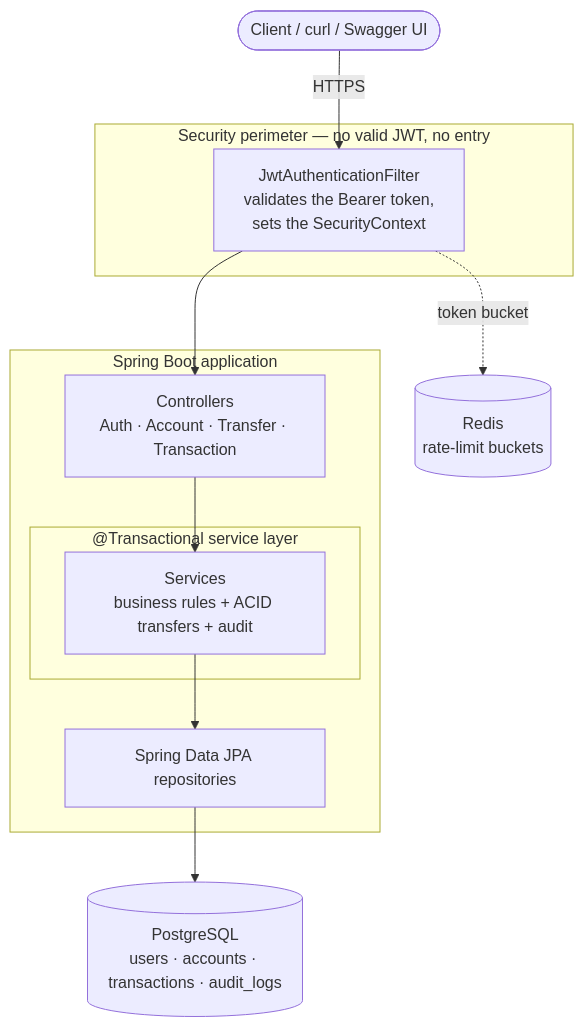
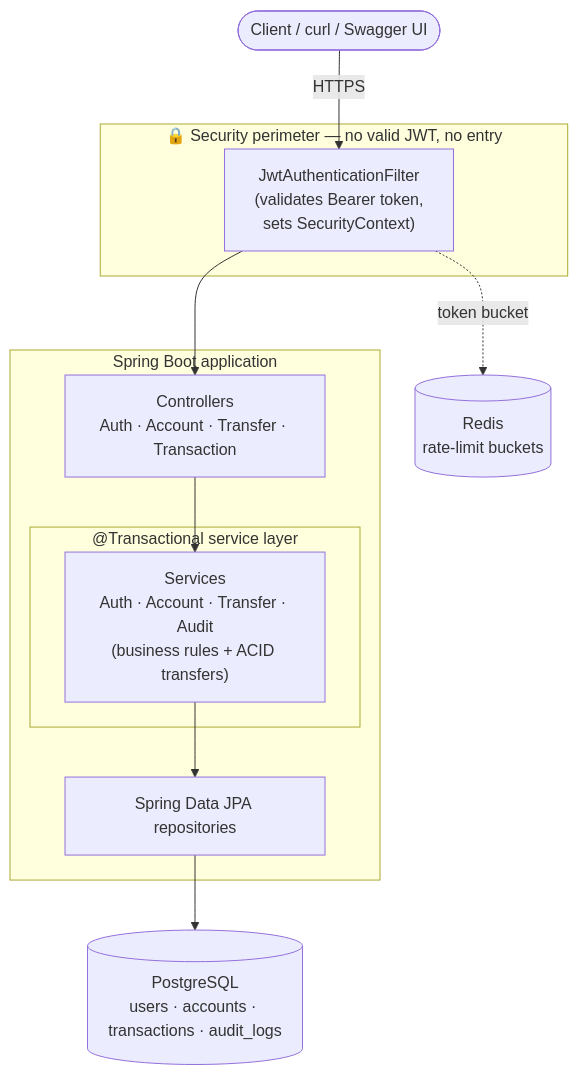
The diagram in README.md (mohamedali55/SecureBank-API), drawn with Mermaid before and after one commit. The commit also changed other lines of this file, not shown here.

````diff
--- a/README.md
+++ b/README.md
@@ -28,26 +28,26 @@
 ```mermaid
 flowchart TB
     client([Client / curl / Swagger UI])
 
-    subgraph perimeter["Security perimeter — no valid JWT, no entry"]
-        filter["JwtAuthenticationFilter<br/>validates the Bearer token,<br/>sets the SecurityContext"]
+    subgraph perimeter["🔒 Security perimeter — no valid JWT, no entry"]
+        filter["JwtAuthenticationFilter<br/>(validates Bearer token,<br/>sets SecurityContext)"]
     end
 
     subgraph app["Spring Boot application"]
         controller["Controllers<br/>Auth · Account · Transfer · Transaction"]
         subgraph tx["@Transactional service layer"]
-            service["Services<br/>business rules + ACID transfers + audit"]
+            service["Services<br/>Auth · Account · Transfer · Audit<br/>(business rules + ACID transfers)"]
         end
         repo["Spring Data JPA repositories"]
     end
 
     db[("PostgreSQL<br/>users · accounts · transactions · audit_logs")]
     redis[("Redis<br/>rate-limit buckets")]
 
     client -- HTTPS --> filter
     filter -. token bucket .-> redis
     filter --> controller
     controller --> service
     service --> repo
     repo --> db
 ```
````
